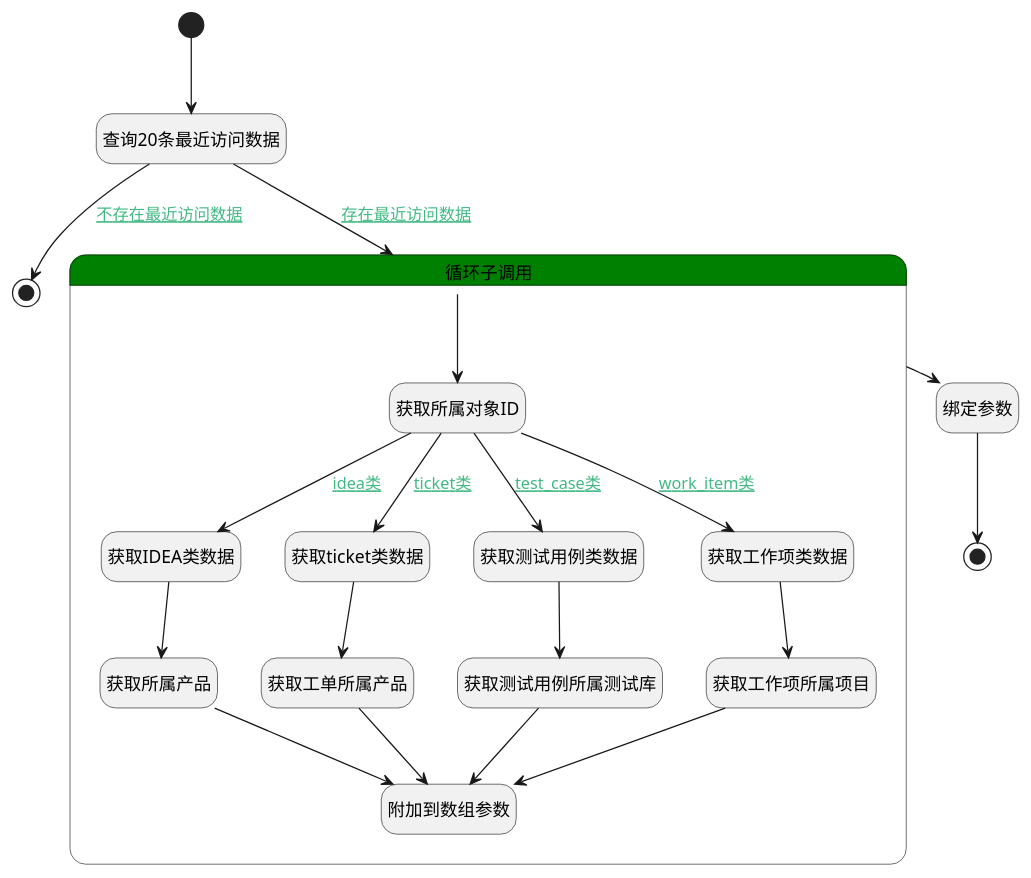
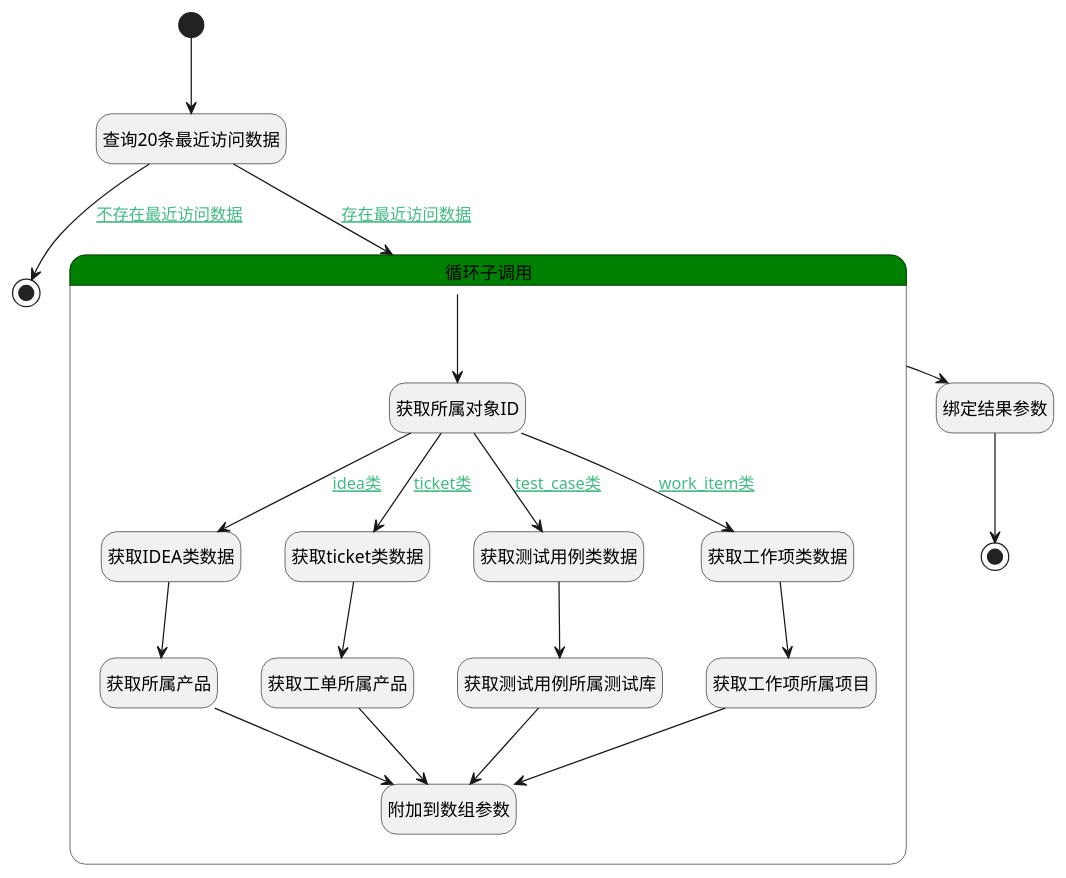
The diagram in doc/docsify/module/Base/recent/logic/recent_access.md (iBizLab/plm), drawn with PlantUML before and after one commit. The commit also changed other lines of this file and 1778 other files, not shown here.

````diff
--- a/doc/docsify/module/Base/recent/logic/recent_access.md
+++ b/doc/docsify/module/Base/recent/logic/recent_access.md
@@ -7,51 +7,51 @@
 ```plantuml
 @startuml
 hide empty description
 <style>
 root {
   HyperlinkColor #42b983
 }
 </style>
 
 hide empty description
 state "开始" as Begin <<start>> [[$./recent_access#begin {"开始"}]]
 state "查询20条最近访问数据" as DEDATASET1  [[$./recent_access#dedataset1 {"查询20条最近访问数据"}]]
-state "绑定参数" as BINDPARAM1  [[$./recent_access#bindparam1 {"绑定参数"}]]
+state "绑定结果参数" as BINDPARAM1  [[$./recent_access#bindparam1 {"绑定结果参数"}]]
 state "结束" as END2 <<end>> [[$./recent_access#end2 {"结束"}]]
 state "结束" as END1 <<end>> [[$./recent_access#end1 {"结束"}]]
 state "循环子调用" as LOOPSUBCALL1  [[$./recent_access#loopsubcall1 {"循环子调用"}]] #green {
 state "获取所属对象ID" as PREPAREPARAM1  [[$./recent_access#prepareparam1 {"获取所属对象ID"}]]
 state "获取IDEA类数据" as DEACTION1  [[$./recent_access#deaction1 {"获取IDEA类数据"}]]
 state "获取所属产品" as PREPAREPARAM2  [[$./recent_access#prepareparam2 {"获取所属产品"}]]
 state "获取ticket类数据" as DEACTION2  [[$./recent_access#deaction2 {"获取ticket类数据"}]]
 state "获取工单所属产品" as PREPAREPARAM3  [[$./recent_access#prepareparam3 {"获取工单所属产品"}]]
 state "获取测试用例类数据" as DEACTION3  [[$./recent_access#deaction3 {"获取测试用例类数据"}]]
 state "获取测试用例所属测试库" as PREPAREPARAM4  [[$./recent_access#prepareparam4 {"获取测试用例所属测试库"}]]
 state "获取工作项类数据" as DEACTION4  [[$./recent_access#deaction4 {"获取工作项类数据"}]]
 state "获取工作项所属项目" as PREPAREPARAM5  [[$./recent_access#prepareparam5 {"获取工作项所属项目"}]]
 state "附加到数组参数" as APPENDPARAM1  [[$./recent_access#appendparam1 {"附加到数组参数"}]]
 }
 
 
 Begin --> DEDATASET1
 DEDATASET1 --> END1 : [[$./recent_access#dedataset1-end1{不存在最近访问数据} 不存在最近访问数据]]
 DEDATASET1 --> LOOPSUBCALL1 : [[$./recent_access#dedataset1-loopsubcall1{存在最近访问数据} 存在最近访问数据]]
 LOOPSUBCALL1 --> PREPAREPARAM1
 PREPAREPARAM1 --> DEACTION1 : [[$./recent_access#prepareparam1-deaction1{idea类} idea类]]
 DEACTION1 --> PREPAREPARAM2
 PREPAREPARAM2 --> APPENDPARAM1
 PREPAREPARAM1 --> DEACTION2 : [[$./recent_access#prepareparam1-deaction2{ticket类} ticket类]]
 DEACTION2 --> PREPAREPARAM3
 PREPAREPARAM3 --> APPENDPARAM1
 PREPAREPARAM1 --> DEACTION3 : [[$./recent_access#prepareparam1-deaction3{test_case类} test_case类]]
 DEACTION3 --> PREPAREPARAM4
 PREPAREPARAM4 --> APPENDPARAM1
 PREPAREPARAM1 --> DEACTION4 : [[$./recent_access#prepareparam1-deaction4{work_item类} work_item类]]
 DEACTION4 --> PREPAREPARAM5
 PREPAREPARAM5 --> APPENDPARAM1
 LOOPSUBCALL1 --> BINDPARAM1
 BINDPARAM1 --> END2
 
 
 @enduml
 ```
````
